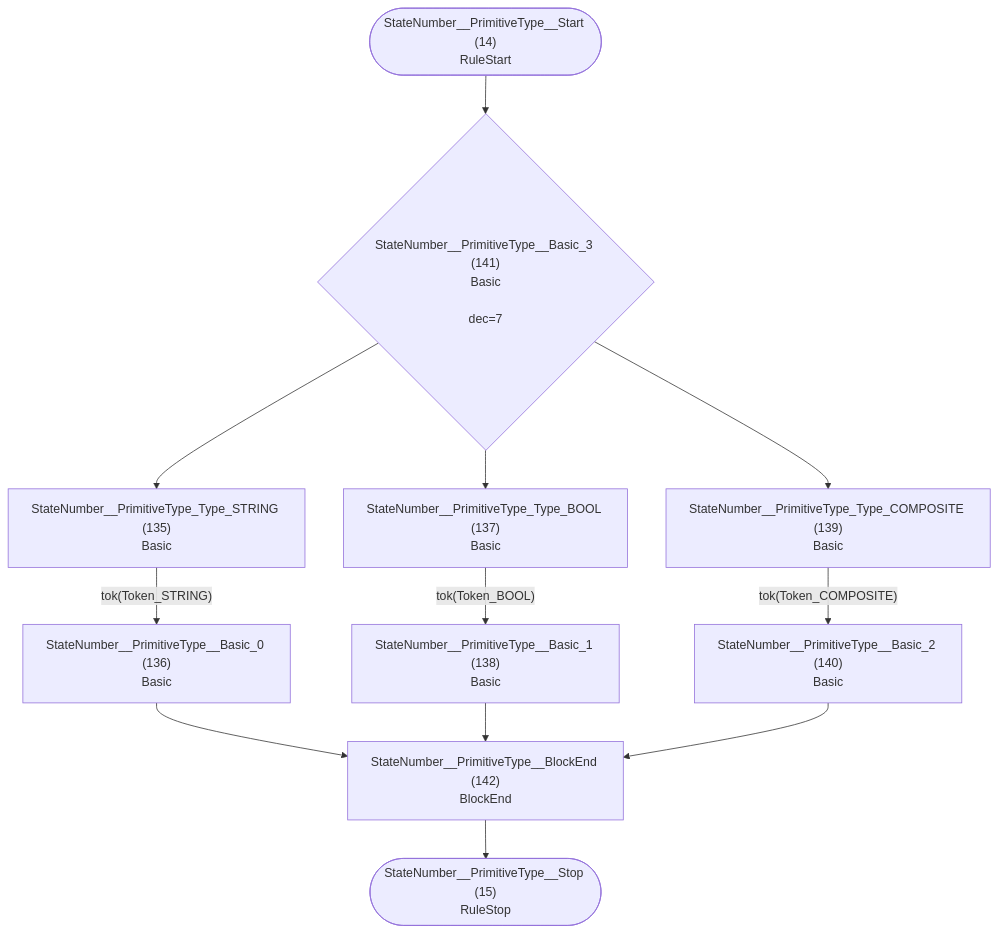
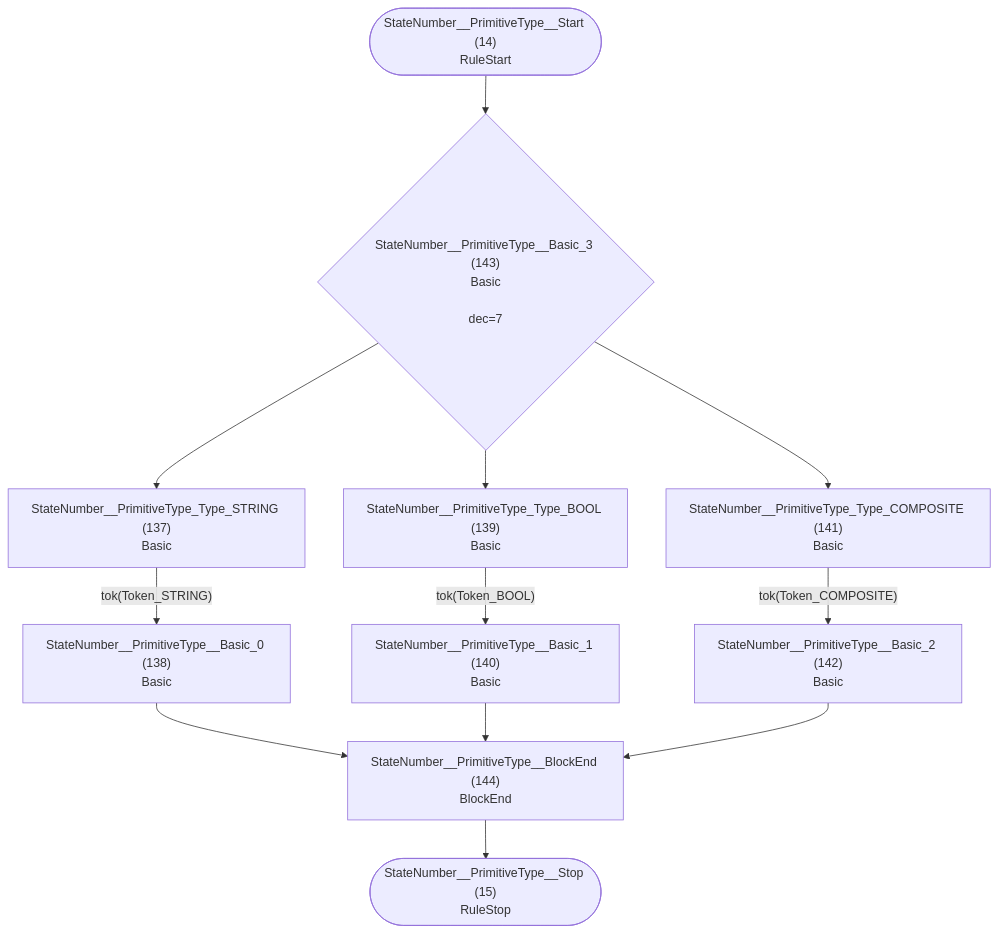
The eighth of 37 diagrams in internal/grammar/atn.md (TypeFox/fastbelt), drawn with Mermaid before and after one commit. The commit also changed other lines of this file and 10 other files, not shown here.

Commit message:
Add group type and command to token groups

````diff
--- a/internal/grammar/atn.md
+++ b/internal/grammar/atn.md
@@ -214,25 +214,25 @@
 ```mermaid
 flowchart TD
     q14(["StateNumber__PrimitiveType__Start (14)<br/>RuleStart"])
     q15(["StateNumber__PrimitiveType__Stop (15)<br/>RuleStop"])
-    q135["StateNumber__PrimitiveType_Type_STRING (135)<br/>Basic<br/>"]
-    q136["StateNumber__PrimitiveType__Basic_0 (136)<br/>Basic<br/>"]
-    q137["StateNumber__PrimitiveType_Type_BOOL (137)<br/>Basic<br/>"]
-    q138["StateNumber__PrimitiveType__Basic_1 (138)<br/>Basic<br/>"]
-    q139["StateNumber__PrimitiveType_Type_COMPOSITE (139)<br/>Basic<br/>"]
-    q140["StateNumber__PrimitiveType__Basic_2 (140)<br/>Basic<br/>"]
-    q141{"StateNumber__PrimitiveType__Basic_3 (141)<br/>Basic<br/><br/>dec=7"}
-    q142["StateNumber__PrimitiveType__BlockEnd (142)<br/>BlockEnd<br/>"]
+    q137["StateNumber__PrimitiveType_Type_STRING (137)<br/>Basic<br/>"]
+    q138["StateNumber__PrimitiveType__Basic_0 (138)<br/>Basic<br/>"]
+    q139["StateNumber__PrimitiveType_Type_BOOL (139)<br/>Basic<br/>"]
+    q140["StateNumber__PrimitiveType__Basic_1 (140)<br/>Basic<br/>"]
+    q141["StateNumber__PrimitiveType_Type_COMPOSITE (141)<br/>Basic<br/>"]
+    q142["StateNumber__PrimitiveType__Basic_2 (142)<br/>Basic<br/>"]
+    q143{"StateNumber__PrimitiveType__Basic_3 (143)<br/>Basic<br/><br/>dec=7"}
+    q144["StateNumber__PrimitiveType__BlockEnd (144)<br/>BlockEnd<br/>"]
 
-    q14 --> q141
-    q135 -->|"tok(Token_STRING)"| q136
-    q136 --> q142
-    q137 -->|"tok(Token_BOOL)"| q138
-    q138 --> q142
-    q139 -->|"tok(Token_COMPOSITE)"| q140
-    q140 --> q142
-    q141 --> q135
-    q141 --> q137
-    q141 --> q139
-    q142 --> q15
+    q14 --> q143
+    q137 -->|"tok(Token_STRING)"| q138
+    q138 --> q144
+    q139 -->|"tok(Token_BOOL)"| q140
+    q140 --> q144
+    q141 -->|"tok(Token_COMPOSITE)"| q142
+    q142 --> q144
+    q143 --> q137
+    q143 --> q139
+    q143 --> q141
+    q144 --> q15
 ```
````
